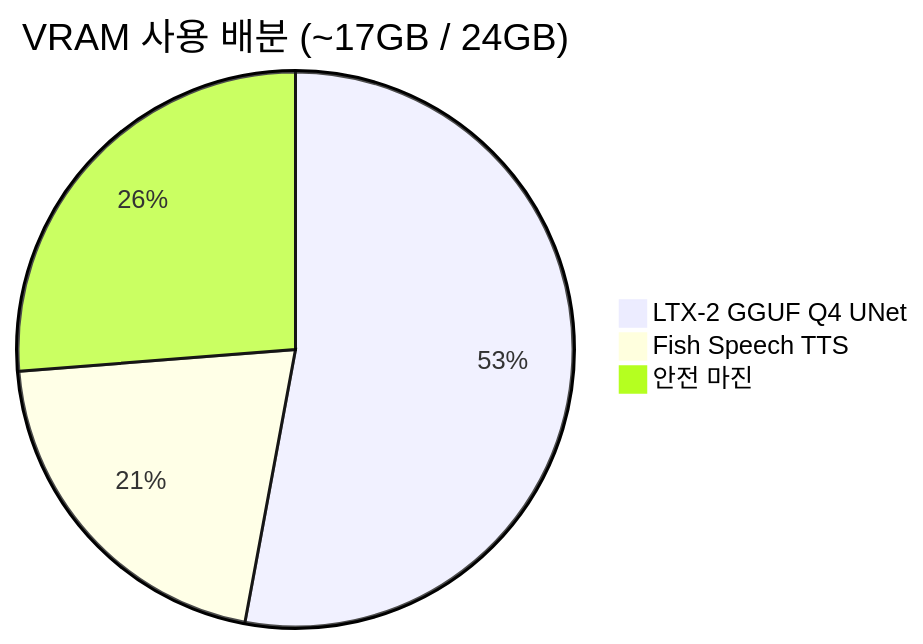
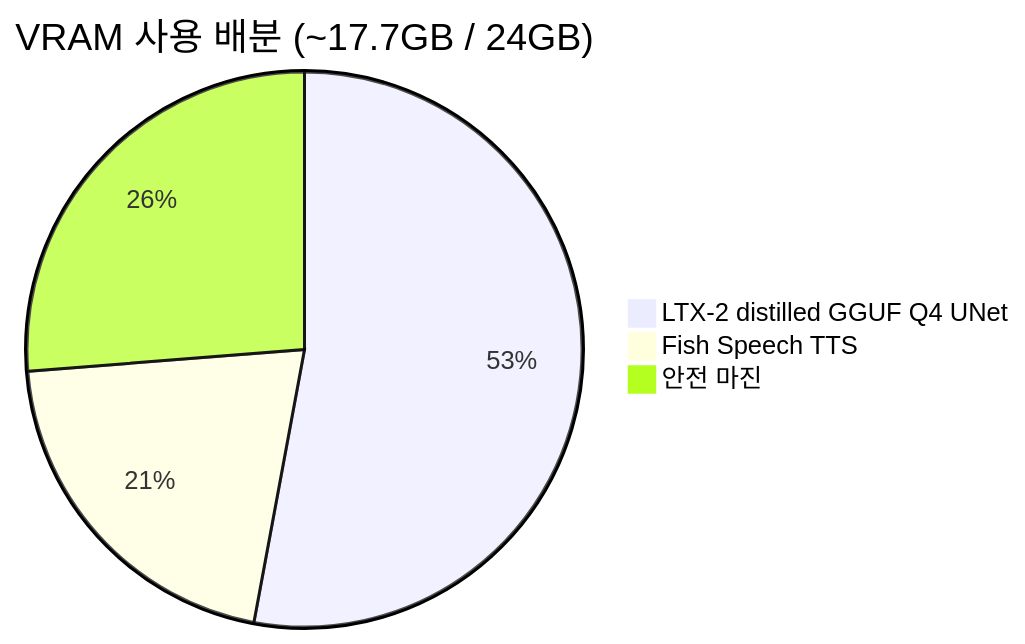
The fourth of 4 diagrams in docs/architecture.md (Justant-source/WaggleBot), drawn with Mermaid before and after one commit. The commit also changed other lines of this file and 7 other files, not shown here.

First line of the commit message:
fix: LTX-2 distilled 비디오 생성 완전 구동 + docs 현행화

````diff
--- a/docs/architecture.md
+++ b/docs/architecture.md
@@ -128,6 +128,6 @@
 ```mermaid
-pie title VRAM 사용 배분 (~17GB / 24GB)
-    "LTX-2 GGUF Q4 UNet" : 12.7
+pie title VRAM 사용 배분 (~17.7GB / 24GB)
+    "LTX-2 distilled GGUF Q4 UNet" : 12.7
     "Fish Speech TTS" : 5.0
     "안전 마진" : 6.3
 ```
````
